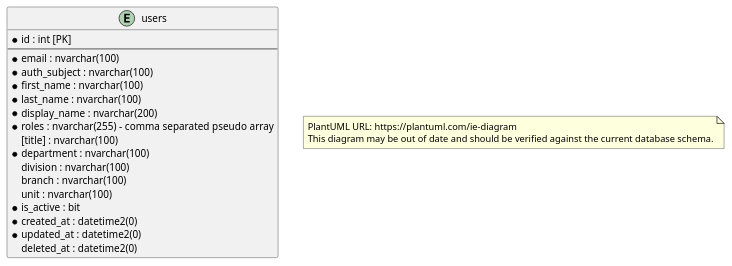
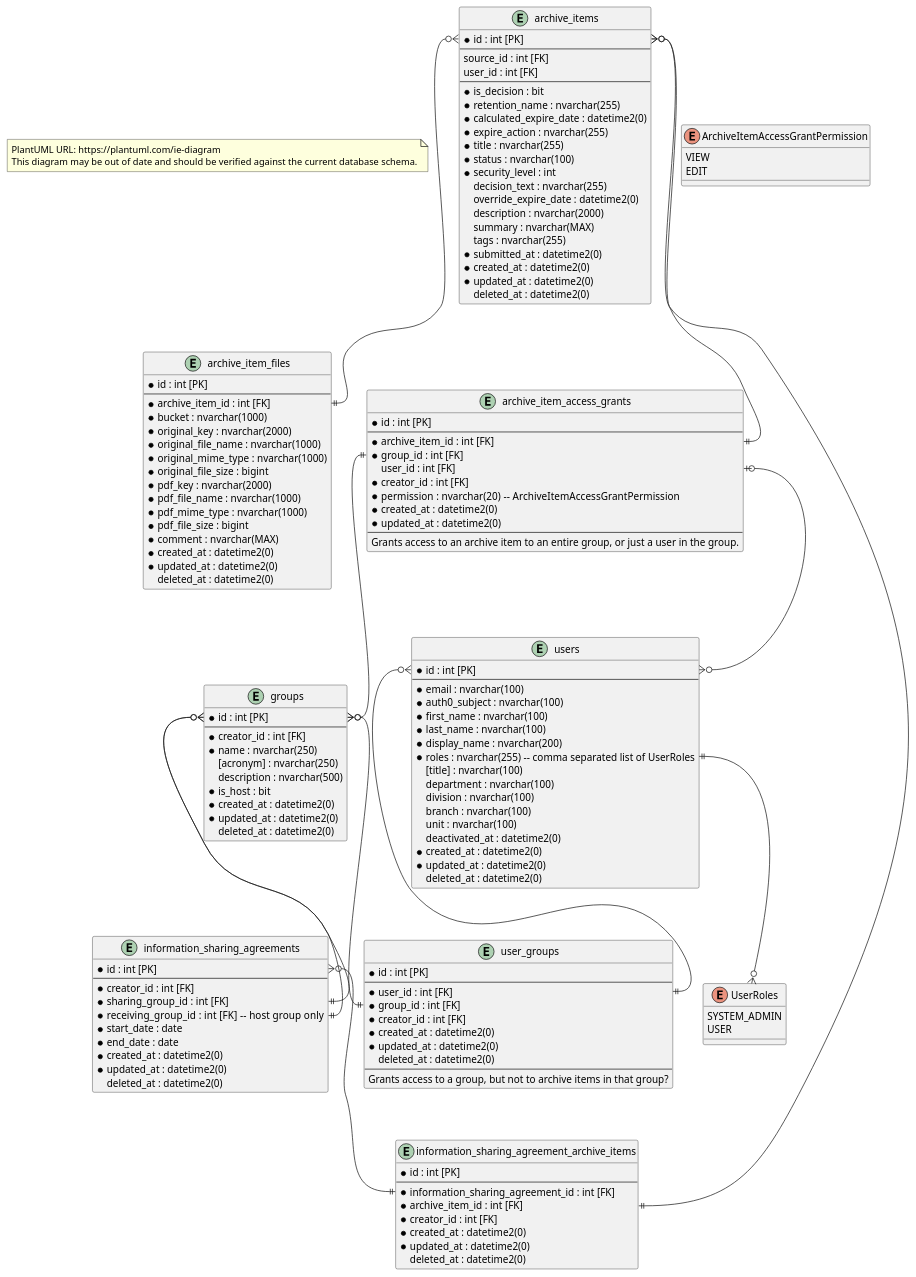
One commit to ytgov/traditional-knowledge changed the diagram in _Design/Entity Relationship Diagram.wsd. Above: the diagram before and after it, drawn with PlantUML. The commit also changed 1 other file, not shown here.

Commit message:
:tophat: Add data modeling for information sharing agreements.

```diff
--- a/_Design/Entity Relationship Diagram.wsd
+++ b/_Design/Entity Relationship Diagram.wsd
@@ -1,31 +1,164 @@
 @startuml Entity Relationship Diagram
 top to bottom direction
+
+note as Disclaimer
+PlantUML URL: https://plantuml.com/ie-diagram
+This diagram may be out of date and should be verified against the current database schema.
+end note
+
+entity "archive_items" {
+  * id : int [PK]
+  --
+  source_id : int [FK]
+  user_id : int [FK]
+  --
+  * is_decision : bit
+  * retention_name : nvarchar(255)
+  * calculated_expire_date : datetime2(0)
+  * expire_action : nvarchar(255)
+  * title : nvarchar(255)
+  * status : nvarchar(100)
+  * security_level : int
+  decision_text : nvarchar(255)
+  override_expire_date : datetime2(0)
+  description : nvarchar(2000)
+  summary : nvarchar(MAX)
+  tags : nvarchar(255)
+  * submitted_at : datetime2(0)
+  * created_at : datetime2(0)
+  * updated_at : datetime2(0)
+  deleted_at : datetime2(0)
+}
+
+entity "archive_item_files" {
+  * id : int [PK]
+  --
+  * archive_item_id : int [FK]
+  * bucket : nvarchar(1000)
+  * original_key : nvarchar(2000)
+  * original_file_name : nvarchar(1000)
+  * original_mime_type : nvarchar(1000)
+  * original_file_size : bigint
+  * pdf_key : nvarchar(2000)
+  * pdf_file_name : nvarchar(1000)
+  * pdf_mime_type : nvarchar(1000)
+  * pdf_file_size : bigint
+  * comment : nvarchar(MAX)
+  * created_at : datetime2(0)
+  * updated_at : datetime2(0)
+  deleted_at : datetime2(0)
+}
+
+enum ArchiveItemAccessGrantPermission {
+  VIEW
+  EDIT
+}
+
+entity "archive_item_access_grants" {
+  * id : int [PK]
+  --
+  * archive_item_id : int [FK]
+  * group_id : int [FK]
+  user_id : int [FK]
+  * creator_id : int [FK]
+  * permission : nvarchar(20)  -- ArchiveItemAccessGrantPermission
+  * created_at : datetime2(0)
+  * updated_at : datetime2(0)
+  --
+  Grants access to an archive item to an entire group, or just a user in the group.
+}
+
+
+entity "information_sharing_agreements" {
+  * id : int [PK]
+  --
+  * creator_id : int [FK]
+  * sharing_group_id : int [FK]
+  * receiving_group_id : int [FK]  -- host group only
+  * start_date : date
+  * end_date : date
+  * created_at : datetime2(0)
+  * updated_at : datetime2(0)
+  deleted_at : datetime2(0)
+}
+
+entity "information_sharing_agreement_archive_items" {
+  * id : int [PK]
+  --
+  * information_sharing_agreement_id : int [FK]
+  * archive_item_id : int [FK]
+  * creator_id : int [FK]
+  * created_at : datetime2(0)
+  * updated_at : datetime2(0)
+  deleted_at : datetime2(0)
+}
+
+
+entity "groups" {
+  * id : int [PK]
+  --
+  * creator_id : int [FK]
+  * name : nvarchar(250)
+  [acronym] : nvarchar(250)
+  description : nvarchar(500)
+  * is_host : bit
+  * created_at : datetime2(0)
+  * updated_at : datetime2(0)
+  deleted_at : datetime2(0)
+}
 
 entity "users" {
   * id : int [PK]
   --
   * email : nvarchar(100)
-  * auth_subject : nvarchar(100)
+  * auth0_subject : nvarchar(100)
   * first_name : nvarchar(100)
   * last_name : nvarchar(100)
   * display_name : nvarchar(200)
-  * roles : nvarchar(255) - comma separated pseudo array
+  * roles : nvarchar(255) -- comma separated list of UserRoles
   [title] : nvarchar(100)
-  * department : nvarchar(100)
+  department : nvarchar(100)
   division : nvarchar(100)
   branch : nvarchar(100)
   unit : nvarchar(100)
-  * is_active : bit
+  deactivated_at : datetime2(0)
   * created_at : datetime2(0)
   * updated_at : datetime2(0)
   deleted_at : datetime2(0)
 }
 
+enum UserRoles {
+  SYSTEM_ADMIN
+  USER
+}
+
+entity "user_groups" {
+  * id : int [PK]
+  --
+  * user_id : int [FK]
+  * group_id : int [FK]
+  * creator_id : int [FK]
+  ' is_admin : bit -- TODO: implement, or use roles like with users.
+  * created_at : datetime2(0)
+  * updated_at : datetime2(0)
+  deleted_at : datetime2(0)
+  --
+  Grants access to a group, but not to archive items in that group?
+}
+
+' ======================
 ' Relationships
-' add in the format xxx:id }o..|| yyy:xxx_id
+' ======================
 
-note as Disclaimer
-PlantUML URL: https://plantuml.com/ie-diagram
-This diagram may be out of date and should be verified against the current database schema.
-end note
+archive_items::id }o--|| archive_item_files::archive_item_id
+archive_items::id }o--|| archive_item_access_grants::archive_item_id
+archive_items::id }o--|| information_sharing_agreement_archive_items::archive_item_id
+archive_item_access_grants::group_id ||--o{ groups::id
+archive_item_access_grants::user_id |o--o{ users::id
+groups::id }o--|| information_sharing_agreements::receiving_group_id
+groups::id }o--|| information_sharing_agreements::sharing_group_id
+groups::id }o--|| user_groups::group_id
+information_sharing_agreements::id }o--|| information_sharing_agreement_archive_items::information_sharing_agreement_id
+users::id }o--|| user_groups::user_id
+users::roles ||--o{ UserRoles
 @enduml
```
